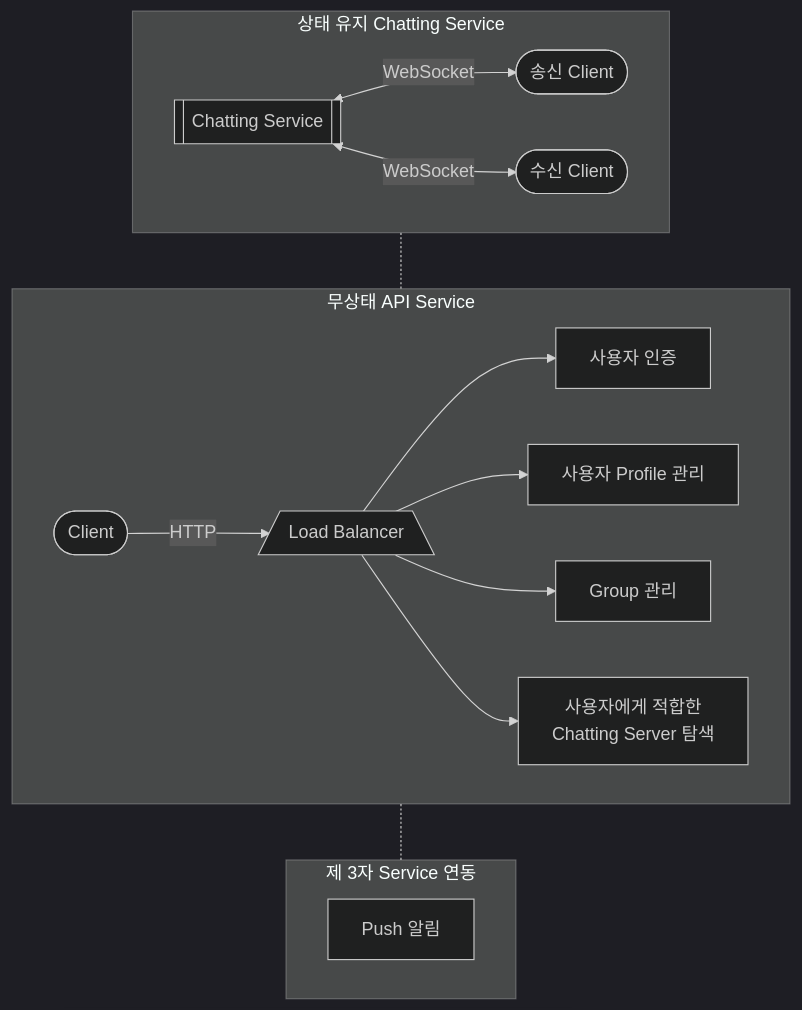
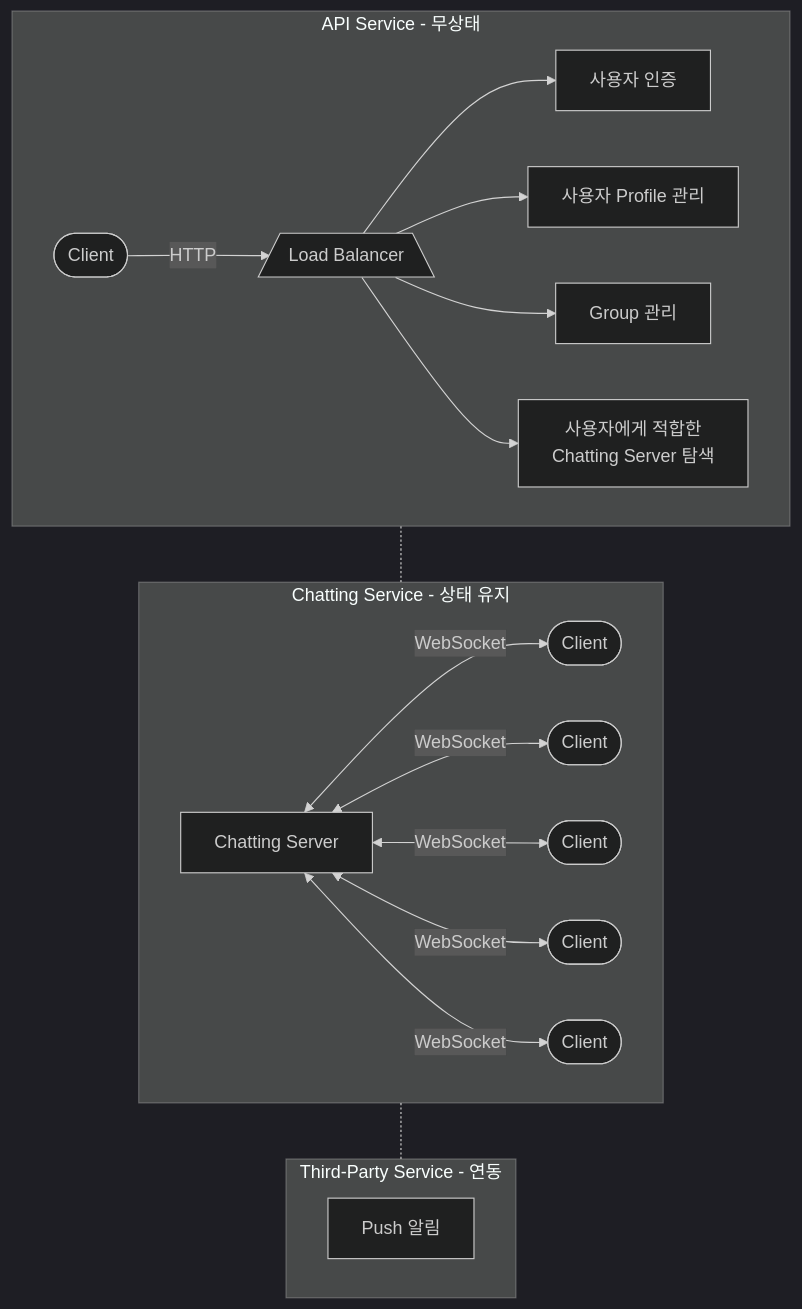
The first of 13 diagrams in pt/2024-02-23.md (choesimin/choesimin.github.io), drawn with Mermaid (dark theme) before and after one commit. The commit also changed other lines of this file and 1 other file, not shown here.

````diff
--- a/pt/2024-02-23.md
+++ b/pt/2024-02-23.md
@@ -32,33 +30,39 @@
 ```mermaid
 flowchart TD
 
-stateful -.- stateless -.- third_party
+stateless -.- stateful -.- third_party
 
-subgraph stateful[상태 유지 Chatting Service]
-    chatting[[Chatting Service]]
-    sender([송신 Client])
-    recipient([수신 Client])
-
-    chatting <-->|WebSocket| sender
-    chatting <-->|WebSocket| recipient
-end
-
-subgraph stateless[무상태 API Service]
+subgraph stateless[API Service - 무상태]
     client([Client])
     lb[/Load Balancer\]
     auth[사용자 인증]
     user[사용자 Profile 관리]
     group[Group 관리]
     discovery[사용자에게 적합한\nChatting Server 탐색]
 
     client -->|HTTP| lb
     lb --> auth
     lb --> user
     lb --> group
     lb --> discovery
 end
 
-subgraph third_party[제 3자 Service 연동]
+subgraph stateful[Chatting Service - 상태 유지]
+    chatting[Chatting Server]
+    client_1([Client])
+    client_2([Client])
+    client_3([Client])
+    client_4([Client])
+    client_5([Client])
+
+    chatting <-->|WebSocket| client_1
+    chatting <-->|WebSocket| client_2
+    chatting <-->|WebSocket| client_3
+    chatting <-->|WebSocket| client_4
+    chatting <-->|WebSocket| client_5
+end
+
+subgraph third_party[Third-Party Service - 연동]
     push[Push 알림]
 end
 ```
````
